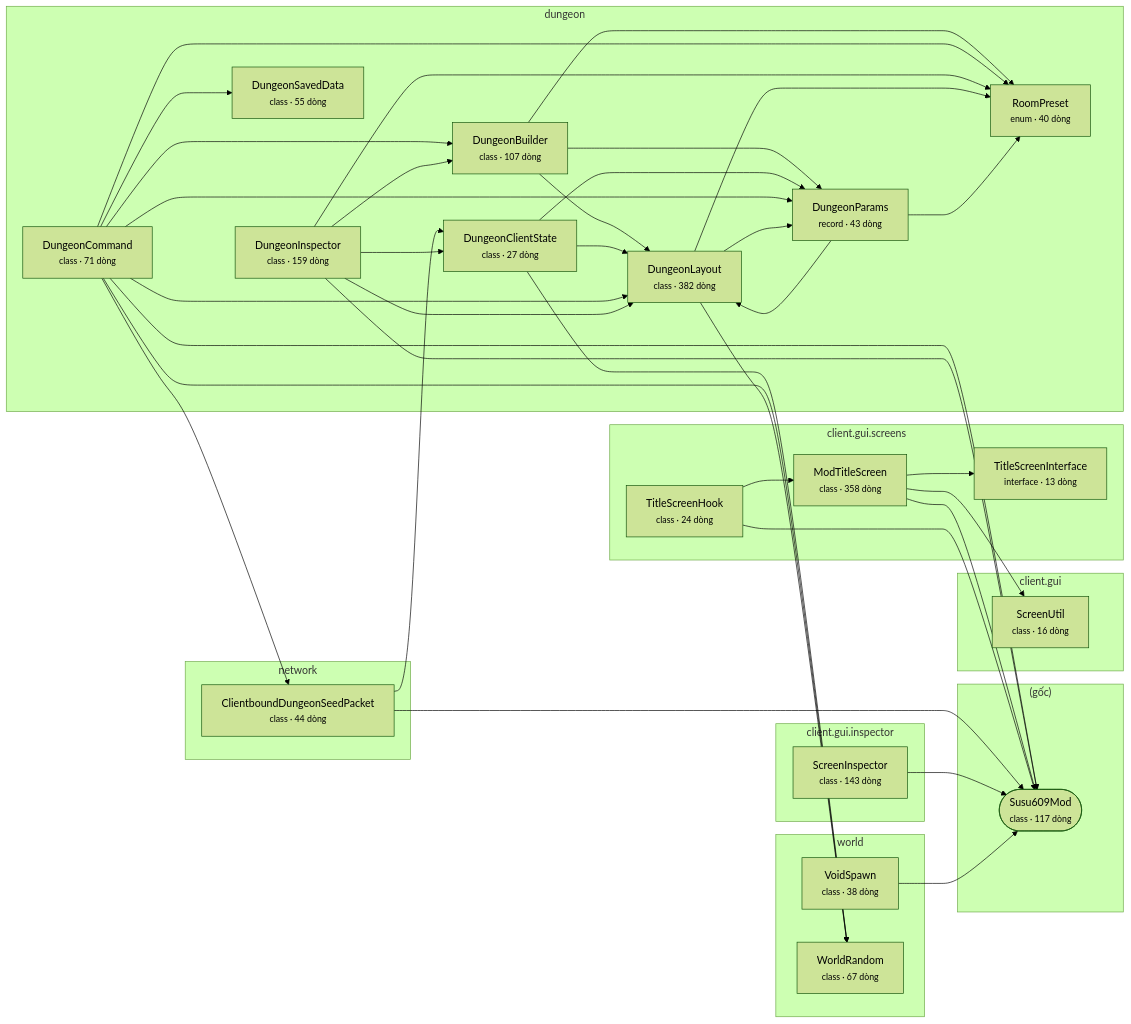
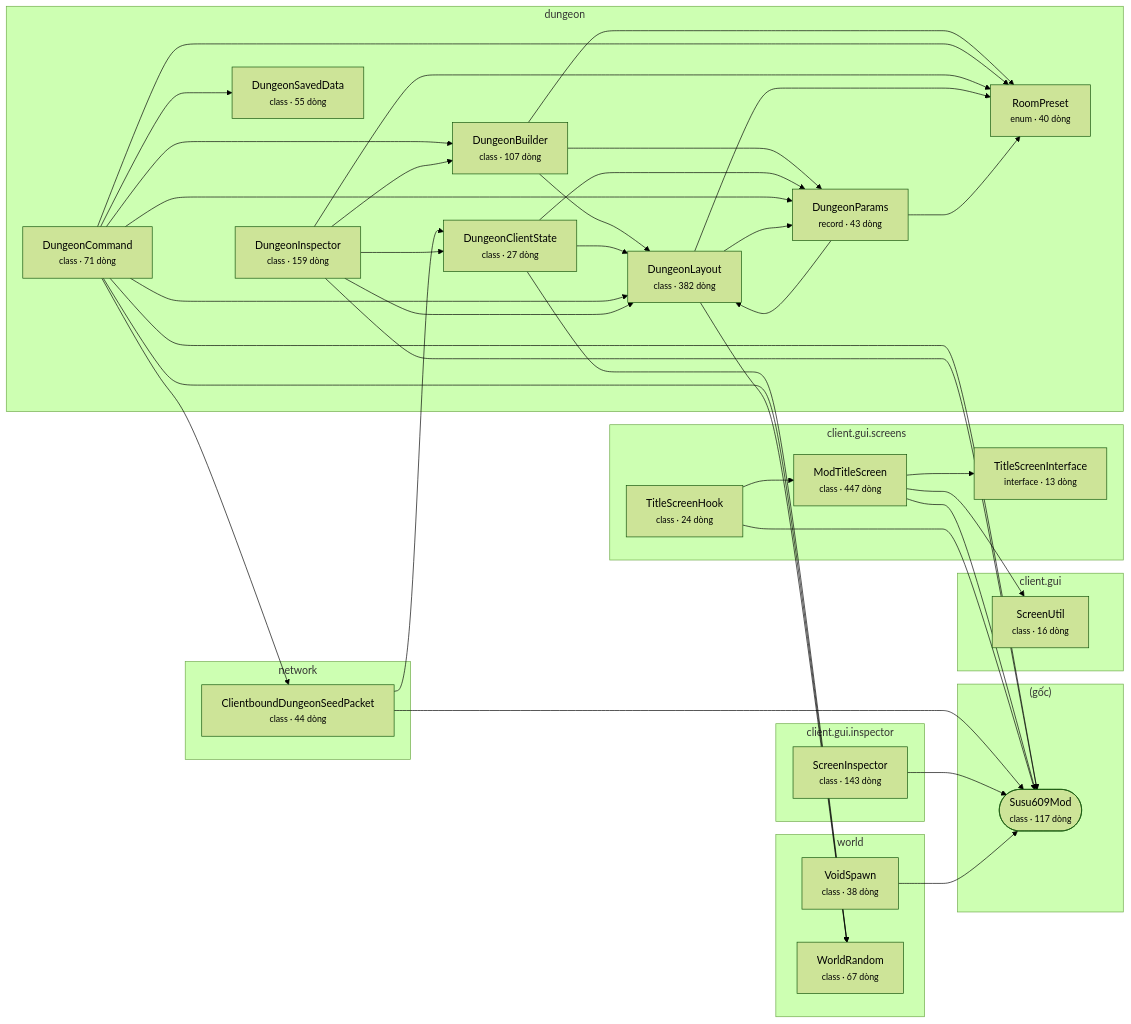
Before and after one commit to susu609/The8Dungeon: the diagram in docs/ARCHITECTURE.md, drawn with Mermaid (forest theme). The commit also changed other lines of this file, not shown here.

````diff
--- a/docs/ARCHITECTURE.md
+++ b/docs/ARCHITECTURE.md
@@ -10,67 +10,67 @@
 ```mermaid
 flowchart LR
   subgraph pkg__g_c_["(gốc)"]
     Susu609Mod(["Susu609Mod<br/><small>class · 117 dòng</small>"])
   end
   subgraph pkg_client_gui["client.gui"]
     ScreenUtil["ScreenUtil<br/><small>class · 16 dòng</small>"]
   end
   subgraph pkg_client_gui_inspector["client.gui.inspector"]
     ScreenInspector["ScreenInspector<br/><small>class · 143 dòng</small>"]
   end
   subgraph pkg_client_gui_screens["client.gui.screens"]
-    ModTitleScreen["ModTitleScreen<br/><small>class · 358 dòng</small>"]
+    ModTitleScreen["ModTitleScreen<br/><small>class · 447 dòng</small>"]
     TitleScreenHook["TitleScreenHook<br/><small>class · 24 dòng</small>"]
     TitleScreenInterface["TitleScreenInterface<br/><small>interface · 13 dòng</small>"]
   end
   subgraph pkg_dungeon["dungeon"]
     DungeonBuilder["DungeonBuilder<br/><small>class · 107 dòng</small>"]
     DungeonClientState["DungeonClientState<br/><small>class · 27 dòng</small>"]
     DungeonCommand["DungeonCommand<br/><small>class · 71 dòng</small>"]
     DungeonInspector["DungeonInspector<br/><small>class · 159 dòng</small>"]
     DungeonLayout["DungeonLayout<br/><small>class · 382 dòng</small>"]
     DungeonParams["DungeonParams<br/><small>record · 43 dòng</small>"]
     DungeonSavedData["DungeonSavedData<br/><small>class · 55 dòng</small>"]
     RoomPreset["RoomPreset<br/><small>enum · 40 dòng</small>"]
   end
   subgraph pkg_network["network"]
     ClientboundDungeonSeedPacket["ClientboundDungeonSeedPacket<br/><small>class · 44 dòng</small>"]
   end
   subgraph pkg_world["world"]
     VoidSpawn["VoidSpawn<br/><small>class · 38 dòng</small>"]
     WorldRandom["WorldRandom<br/><small>class · 67 dòng</small>"]
   end
   ClientboundDungeonSeedPacket --> DungeonClientState
   ClientboundDungeonSeedPacket --> Susu609Mod
   DungeonBuilder --> DungeonLayout
   DungeonBuilder --> DungeonParams
   DungeonBuilder --> RoomPreset
   DungeonClientState --> DungeonLayout
   DungeonClientState --> DungeonParams
   DungeonClientState --> WorldRandom
   DungeonCommand --> ClientboundDungeonSeedPacket
   DungeonCommand --> DungeonBuilder
   DungeonCommand --> DungeonLayout
   DungeonCommand --> DungeonParams
   DungeonCommand --> DungeonSavedData
   DungeonCommand --> RoomPreset
   DungeonCommand --> Susu609Mod
   DungeonCommand --> WorldRandom
   DungeonInspector --> DungeonBuilder
   DungeonInspector --> DungeonClientState
   DungeonInspector --> DungeonLayout
   DungeonInspector --> RoomPreset
   DungeonInspector --> Susu609Mod
   DungeonLayout --> DungeonParams
   DungeonLayout --> RoomPreset
   DungeonLayout --> WorldRandom
   DungeonParams --> DungeonLayout
   DungeonParams --> RoomPreset
   ModTitleScreen --> ScreenUtil
   ModTitleScreen --> Susu609Mod
   ModTitleScreen --> TitleScreenInterface
   ScreenInspector --> Susu609Mod
   TitleScreenHook --> ModTitleScreen
   TitleScreenHook --> Susu609Mod
   VoidSpawn --> Susu609Mod
 ```
````
